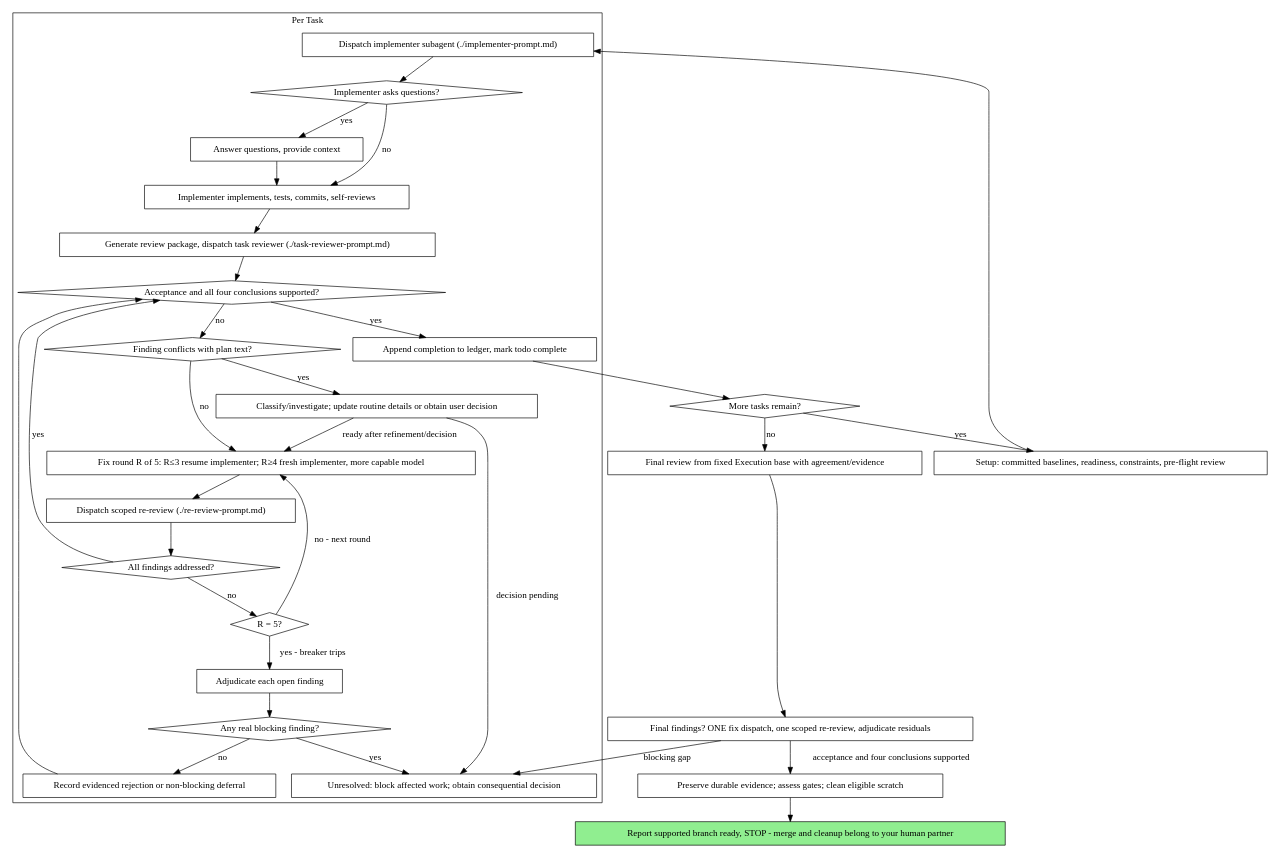
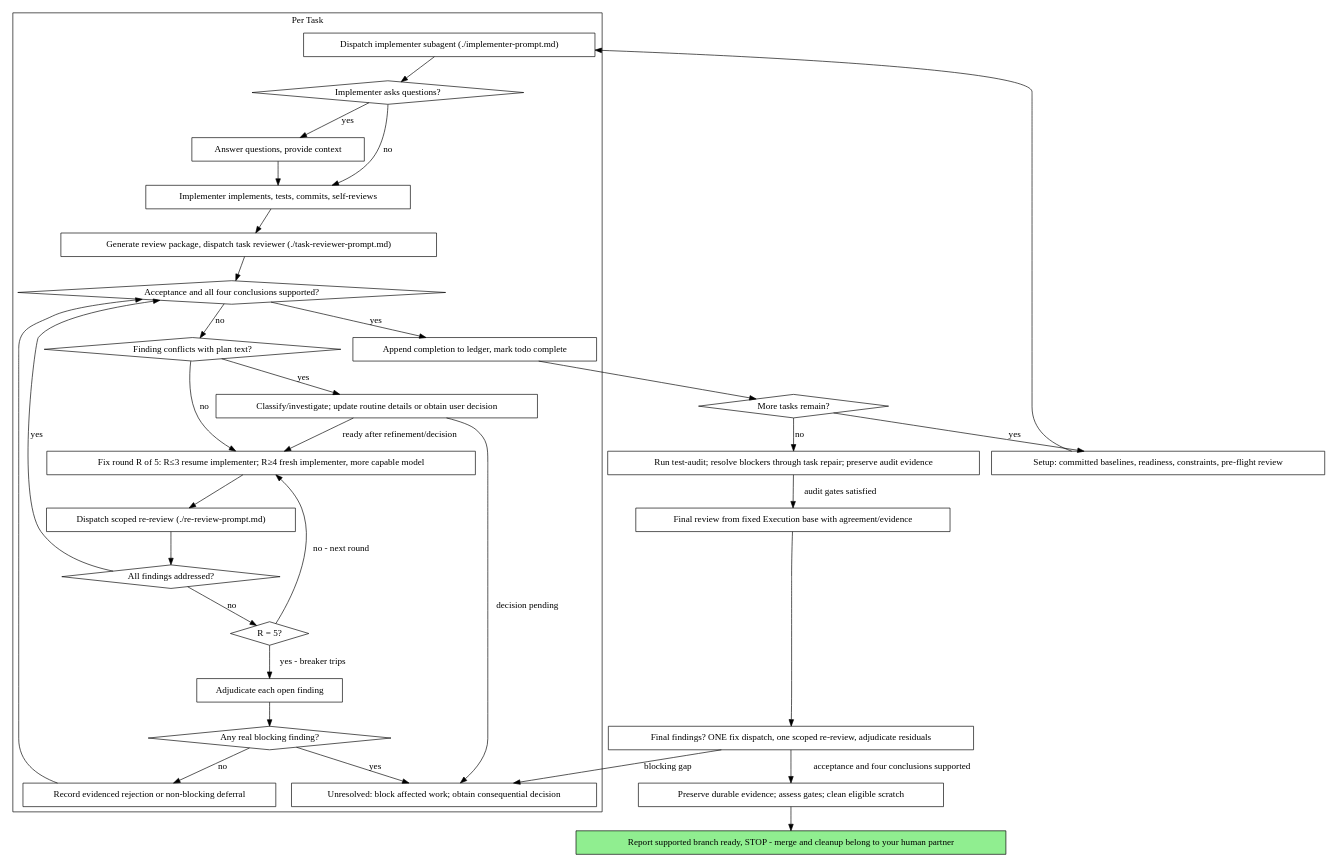
The second of 2 diagrams in skills/subagent-driven-development/EXAMPLES.md (kubamarchwicki/engineering-skills), drawn with Graphviz before and after one commit. The commit also changed other lines of this file and 15 other files, not shown here.

Commit message:
feat: add test-audit as a final review process

````diff
--- a/skills/subagent-driven-development/EXAMPLES.md
+++ b/skills/subagent-driven-development/EXAMPLES.md
@@ -30,64 +30,66 @@
 ```dot
 digraph process {
     rankdir=TB;
 
     subgraph cluster_per_task {
         label="Per Task";
         "Dispatch implementer subagent (./implementer-prompt.md)" [shape=box];
         "Implementer asks questions?" [shape=diamond];
         "Answer questions, provide context" [shape=box];
         "Implementer implements, tests, commits, self-reviews" [shape=box];
         "Generate review package, dispatch task reviewer (./task-reviewer-prompt.md)" [shape=box];
         "Acceptance and all four conclusions supported?" [shape=diamond];
         "Finding conflicts with plan text?" [shape=diamond];
         "Classify/investigate; update routine details or obtain user decision" [shape=box];
         "Fix round R of 5: R≤3 resume implementer; R≥4 fresh implementer, more capable model" [shape=box];
         "Dispatch scoped re-review (./re-review-prompt.md)" [shape=box];
         "All findings addressed?" [shape=diamond];
         "R = 5?" [shape=diamond];
         "Adjudicate each open finding" [shape=box];
         "Any real blocking finding?" [shape=diamond];
         "Unresolved: block affected work; obtain consequential decision" [shape=box];
         "Record evidenced rejection or non-blocking deferral" [shape=box];
         "Append completion to ledger, mark todo complete" [shape=box];
     }
 
     "Setup: committed baselines, readiness, constraints, pre-flight review" [shape=box];
     "More tasks remain?" [shape=diamond];
+    "Run test-audit; resolve blockers through task repair; preserve audit evidence" [shape=box];
     "Final review from fixed Execution base with agreement/evidence" [shape=box];
     "Final findings? ONE fix dispatch, one scoped re-review, adjudicate residuals" [shape=box];
     "Preserve durable evidence; assess gates; clean eligible scratch" [shape=box];
     "Report supported branch ready, STOP - merge and cleanup belong to your human partner" [shape=box style=filled fillcolor=lightgreen];
 
     "Setup: committed baselines, readiness, constraints, pre-flight review" -> "Dispatch implementer subagent (./implementer-prompt.md)";
     "Dispatch implementer subagent (./implementer-prompt.md)" -> "Implementer asks questions?";
     "Implementer asks questions?" -> "Answer questions, provide context" [label="yes"];
     "Answer questions, provide context" -> "Implementer implements, tests, commits, self-reviews";
     "Implementer asks questions?" -> "Implementer implements, tests, commits, self-reviews" [label="no"];
     "Implementer implements, tests, commits, self-reviews" -> "Generate review package, dispatch task reviewer (./task-reviewer-prompt.md)";
     "Generate review package, dispatch task reviewer (./task-reviewer-prompt.md)" -> "Acceptance and all four conclusions supported?";
     "Acceptance and all four conclusions supported?" -> "Append completion to ledger, mark todo complete" [label="yes"];
     "Acceptance and all four conclusions supported?" -> "Finding conflicts with plan text?" [label="no"];
     "Finding conflicts with plan text?" -> "Classify/investigate; update routine details or obtain user decision" [label="yes"];
     "Classify/investigate; update routine details or obtain user decision" -> "Unresolved: block affected work; obtain consequential decision" [label="decision pending"];
     "Classify/investigate; update routine details or obtain user decision" -> "Fix round R of 5: R≤3 resume implementer; R≥4 fresh implementer, more capable model" [label="ready after refinement/decision"];
     "Finding conflicts with plan text?" -> "Fix round R of 5: R≤3 resume implementer; R≥4 fresh implementer, more capable model" [label="no"];
     "Fix round R of 5: R≤3 resume implementer; R≥4 fresh implementer, more capable model" -> "Dispatch scoped re-review (./re-review-prompt.md)";
     "Dispatch scoped re-review (./re-review-prompt.md)" -> "All findings addressed?";
     "All findings addressed?" -> "Acceptance and all four conclusions supported?" [label="yes"];
     "All findings addressed?" -> "R = 5?" [label="no"];
     "R = 5?" -> "Fix round R of 5: R≤3 resume implementer; R≥4 fresh implementer, more capable model" [label="no - next round"];
     "R = 5?" -> "Adjudicate each open finding" [label="yes - breaker trips"];
     "Adjudicate each open finding" -> "Any real blocking finding?";
     "Any real blocking finding?" -> "Unresolved: block affected work; obtain consequential decision" [label="yes"];
     "Any real blocking finding?" -> "Record evidenced rejection or non-blocking deferral" [label="no"];
     "Record evidenced rejection or non-blocking deferral" -> "Acceptance and all four conclusions supported?";
     "Append completion to ledger, mark todo complete" -> "More tasks remain?";
     "More tasks remain?" -> "Setup: committed baselines, readiness, constraints, pre-flight review" [label="yes"];
-    "More tasks remain?" -> "Final review from fixed Execution base with agreement/evidence" [label="no"];
+    "More tasks remain?" -> "Run test-audit; resolve blockers through task repair; preserve audit evidence" [label="no"];
+    "Run test-audit; resolve blockers through task repair; preserve audit evidence" -> "Final review from fixed Execution base with agreement/evidence" [label="audit gates satisfied"];
     "Final review from fixed Execution base with agreement/evidence" -> "Final findings? ONE fix dispatch, one scoped re-review, adjudicate residuals";
     "Final findings? ONE fix dispatch, one scoped re-review, adjudicate residuals" -> "Unresolved: block affected work; obtain consequential decision" [label="blocking gap"];
     "Final findings? ONE fix dispatch, one scoped re-review, adjudicate residuals" -> "Preserve durable evidence; assess gates; clean eligible scratch" [label="acceptance and four conclusions supported"];
     "Preserve durable evidence; assess gates; clean eligible scratch" -> "Report supported branch ready, STOP - merge and cleanup belong to your human partner";
 }
 ```
````
